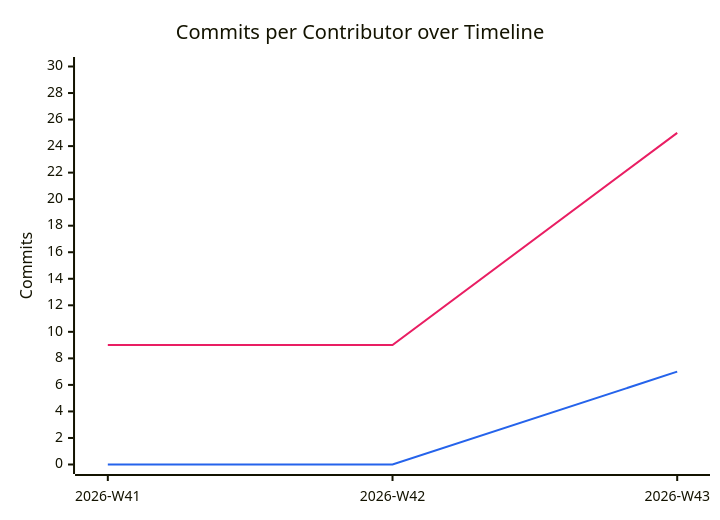
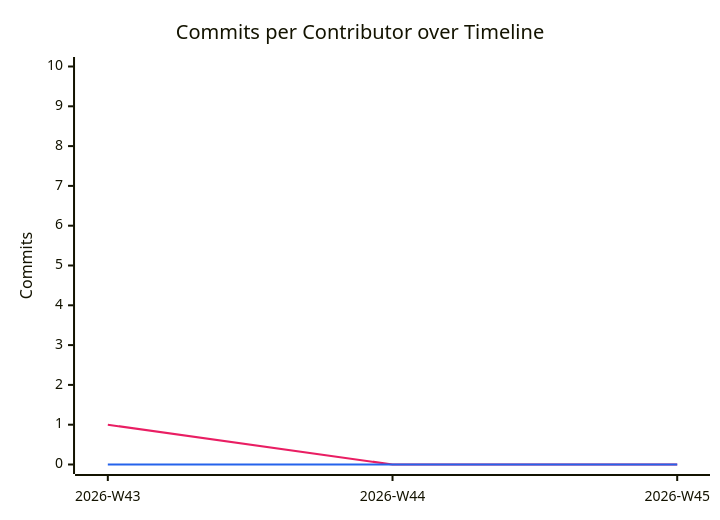
The diagram in documentation/snippets/management/commit-velocity.mmd (BeyondMagic/database), drawn with Mermaid before and after one commit. The commit also changed 2 other files, not shown here.

```diff
--- a/documentation/snippets/management/commit-velocity.mmd
+++ b/documentation/snippets/management/commit-velocity.mmd
@@ -1,7 +1,7 @@
 %%{init: {"themeVariables": {"xyChart": {"plotColorPalette": "#e91e63, #2563eb"}}}}%%
 xychart-beta
     title "Commits per Contributor over Timeline"
-    x-axis ["2026-W41", "2026-W42", "2026-W43"]
-    y-axis "Commits" 0 --> 30
-    line [9, 9, 25]
-    line [0, 0, 7]
+    x-axis ["2026-W43", "2026-W44", "2026-W45"]
+    y-axis "Commits" 0 --> 10
+    line [1, 0, 0]
+    line [0, 0, 0]
```
